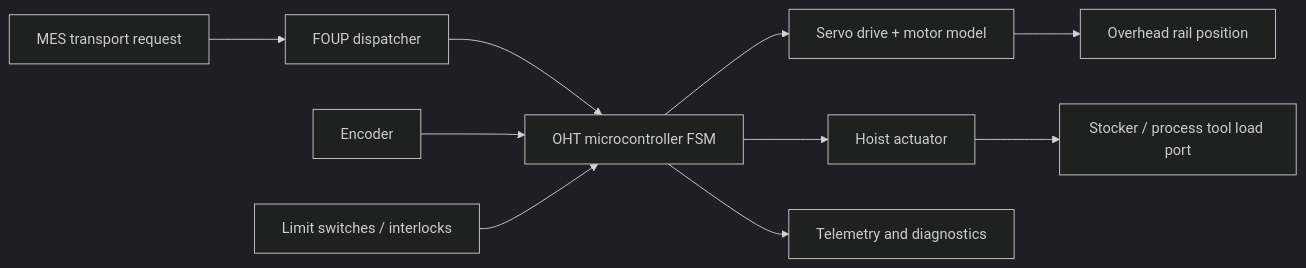
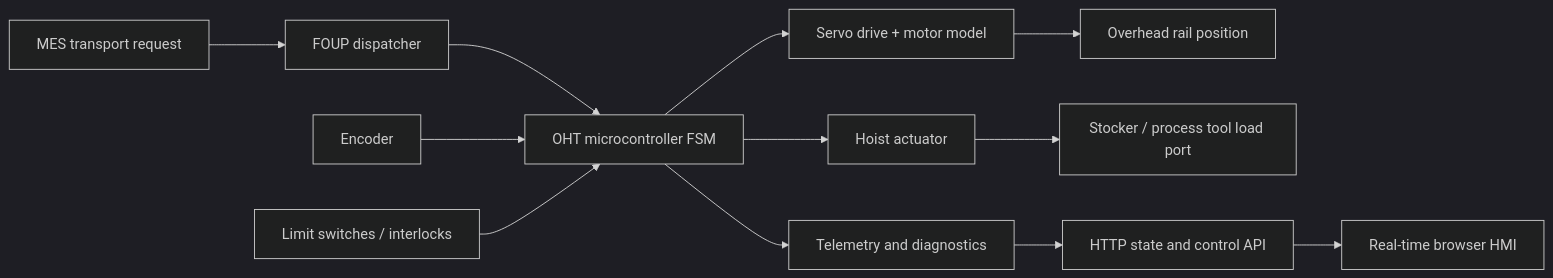
Before and after one commit to Honojerame/amhs-foup-digital-twin: the diagram in README.md, drawn with Mermaid (dark theme). The commit also changed other lines of this file and 9 other files, not shown here.

````diff
--- a/README.md
+++ b/README.md
@@ -20,12 +34,14 @@
 ```mermaid
 flowchart LR
     MES["MES transport request"] --> D["FOUP dispatcher"]
     D --> MCU["OHT microcontroller FSM"]
     MCU --> Drive["Servo drive + motor model"]
     MCU --> Hoist["Hoist actuator"]
     Enc["Encoder"] --> MCU
     Limits["Limit switches / interlocks"] --> MCU
     Drive --> Rail["Overhead rail position"]
     Hoist --> Tool["Stocker / process tool load port"]
     MCU --> T["Telemetry and diagnostics"]
+    T --> API["HTTP state and control API"]
+    API --> HMI["Real-time browser HMI"]
 ```
````
